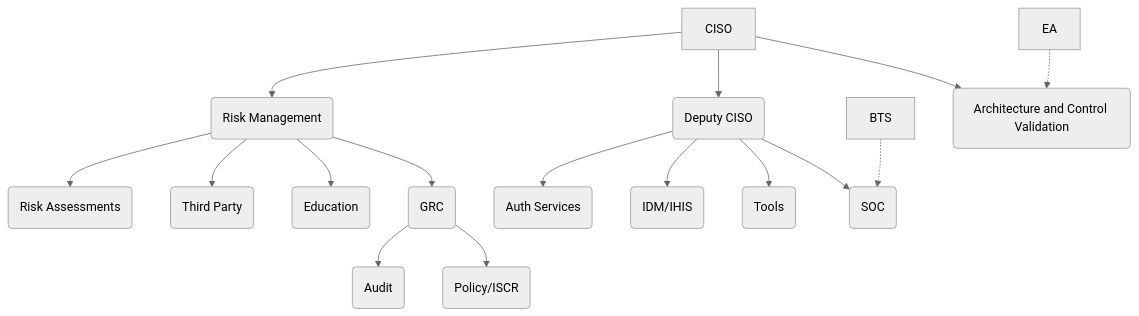
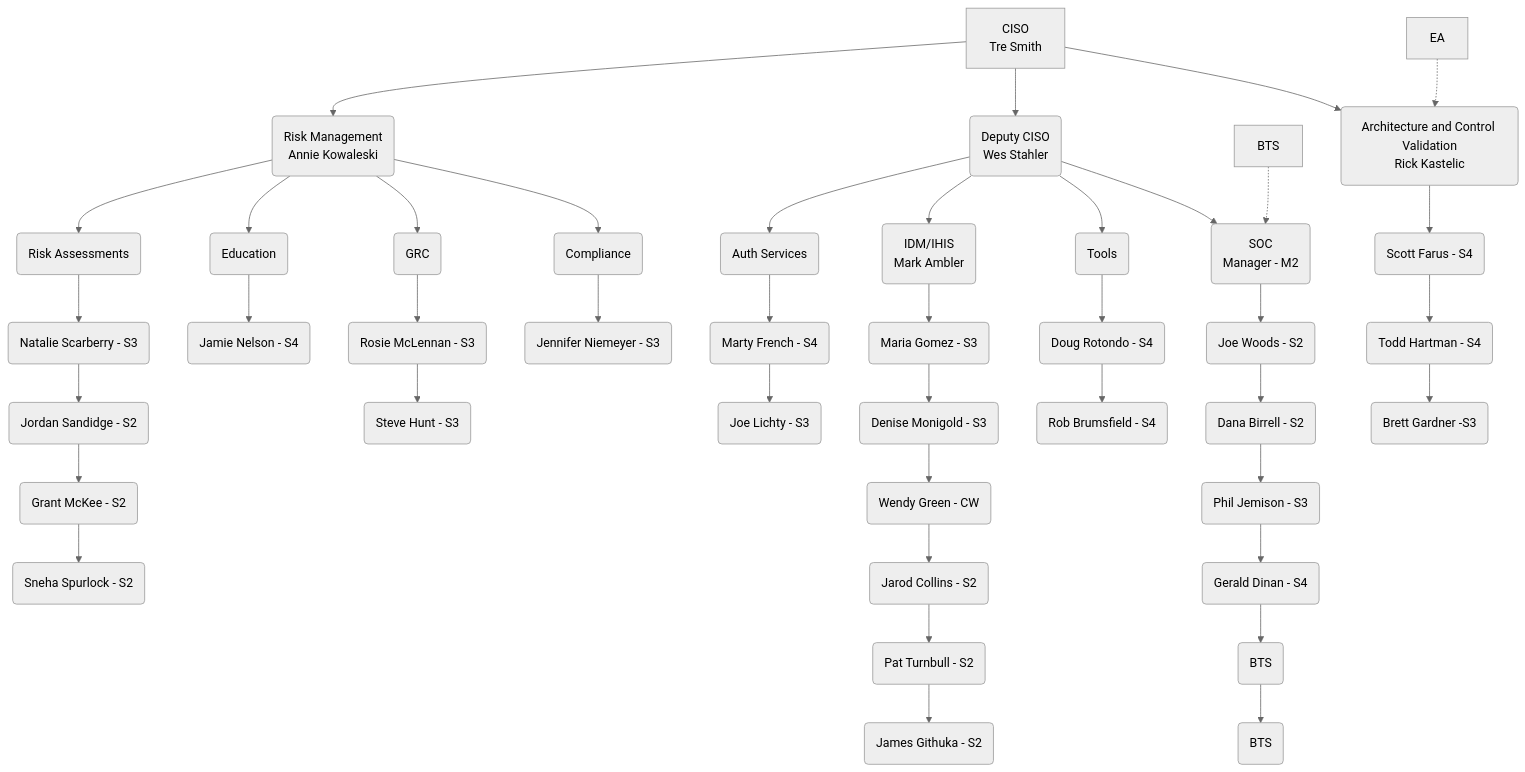
The diagram in CISO.md (stahler/MermaidDiagrams), drawn with Mermaid (neutral theme) before and after one commit.

````diff
--- a/CISO.md
+++ b/CISO.md
@@ -1,28 +1,55 @@
 ```mermaid
 flowchart TD
-    A[CISO] -->R(Risk Management)
+    A[CISO<br>Tre Smith] -->R(Risk Management<br>Annie Kowaleski)
     
     
     R --> Risk(Risk Assessments)
-    R --> Third(Third Party)
+    Risk --> NS(Natalie Scarberry - S3)
+    NS --> JS(Jordan Sandidge - S2)
+    JS --> GM(Grant McKee - S2)
+    GM --> SS(Sneha Spurlock - S2)
+
     R --> ED(Education)
+    ED --> J(Jamie Nelson - S4)
+    
     R --> GRC(GRC)
-    GRC --> Audit(Audit)
-    GRC --> P(Policy/ISCR)
+    GRC --> RM(Rosie McLennan - S3)
+    RM --> SH(Steve Hunt - S3)
+
+    R --> C(Compliance)
+    C --> JN(Jennifer Niemeyer - S3)
     
-
-    A[CISO] -->DS(Deputy CISO)
+    A -->DS(Deputy CISO<br>Wes Stahler)
     
     DS --> AD(Auth Services)
-    DS --> IDM(IDM/IHIS)
+    AD --> MF(Marty French - S4)
+    MF --> JL(Joe Lichty - S3)
+    DS --> IDM(IDM/IHIS<br> Mark Ambler)
+    IDM -->MG(Maria Gomez - S3)
+    MG -->DM(Denise Monigold - S3)
+    DM -->WG(Wendy Green - CW)
+    WG -->JC(Jarod Collins - S2)
+    JC -->PT(Pat Turnbull - S2)
+    PT -->JG(James Githuka - S2)
     
     DS --> Tools(Tools)
-    DS --> SOC(SOC)
+    Tools --> DR(Doug Rotondo - S4)
+    DR --> RB(Rob Brumsfield - S4)
+    DS --> SOC(SOC<br>Manager - M2)
+    SOC--> JW(Joe Woods - S2)
+    JW --> DB(Dana Birrell - S2)
+    DB --> PJ(Phil Jemison - S3)
+    PJ --> GD(Gerald Dinan - S4)
+    GD -->O1(BTS)
+    O1 -->O2(BTS)
     BTS -.-> SOC
 
-    A[CISO] -->AR(Architecture and Control Validation )
+    A -->AR(Architecture and Control Validation<br>Rick Kastelic)
     EA[EA] -.-> AR
+    AR --> SF(Scott Farus - S4)
+    SF --> TH(Todd Hartman - S4)
+    TH --> BG(Brett Gardner -S3)
     
     
     
 ```
````
